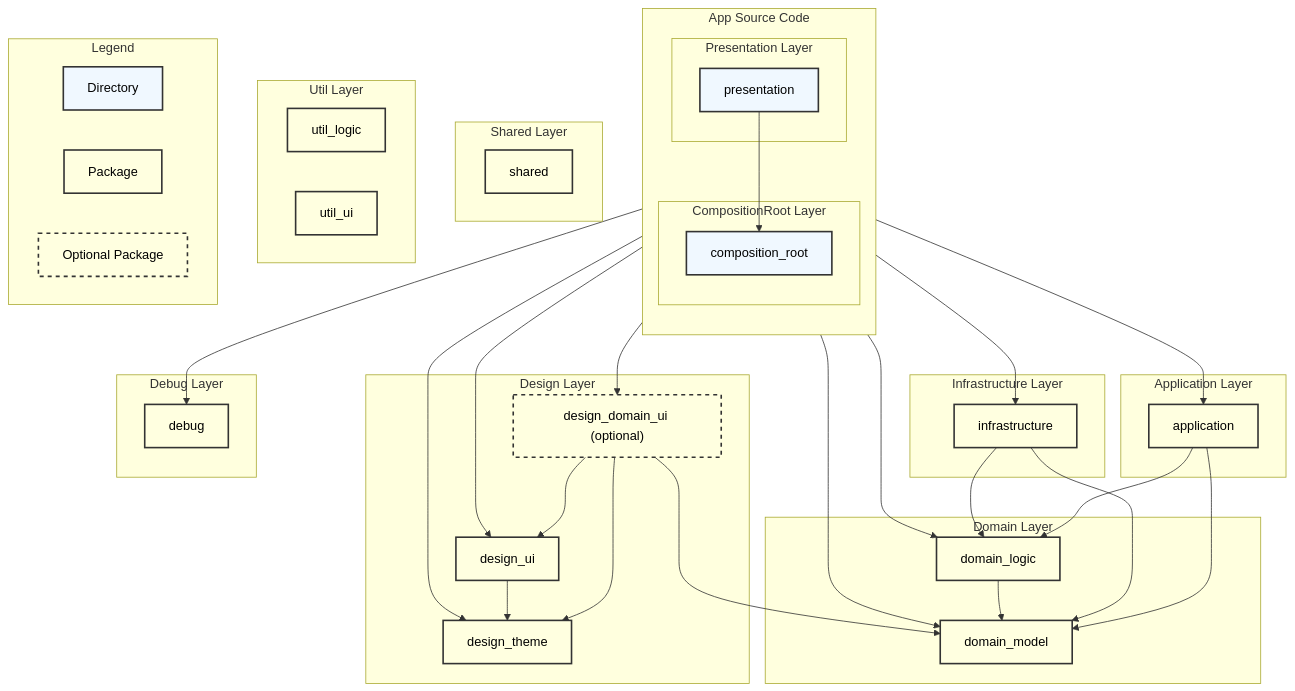
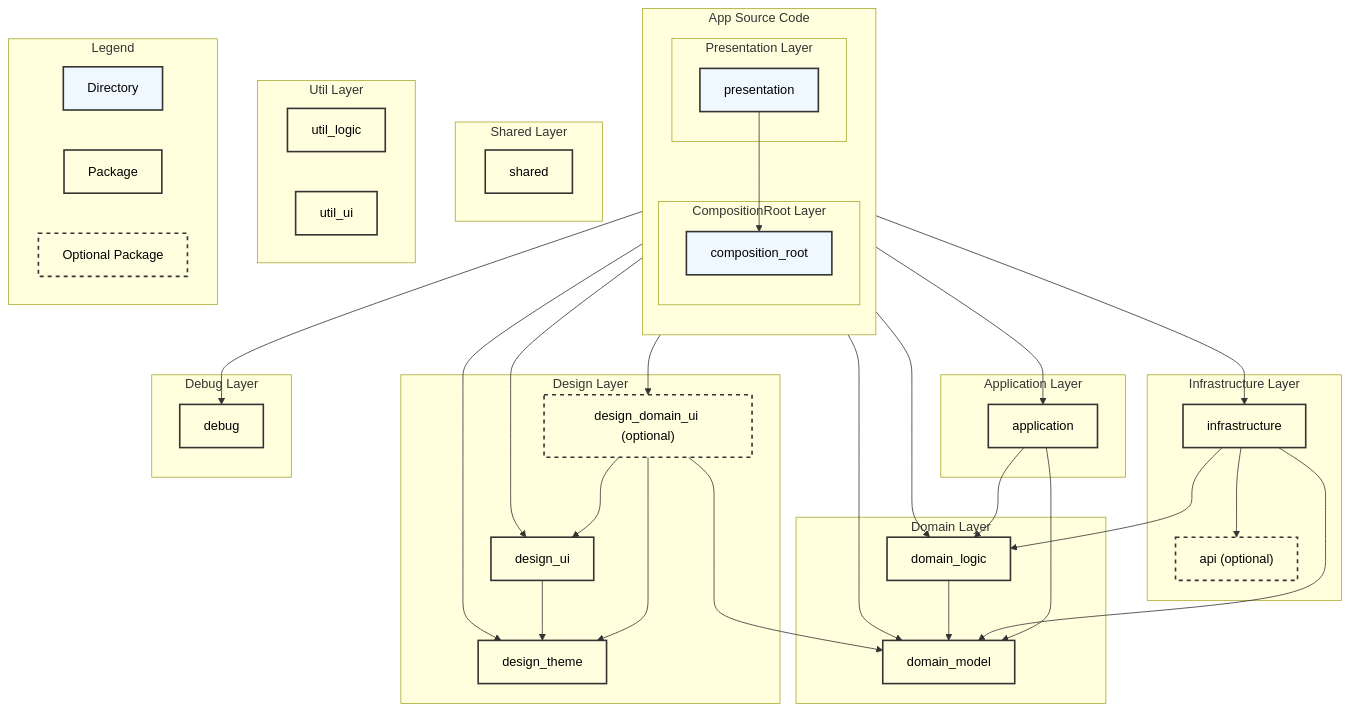
The first of 2 diagrams in docs/ARCHITECTURE.md (ymm-oss/flutter-mobile-project-template), drawn with Mermaid before and after one commit. The commit also changed 1 other file, not shown here.

Commit message:
docs: 依存の図に api を追加し、infrastructure から参照する形にする

```diff
--- a/docs/ARCHITECTURE.md
+++ b/docs/ARCHITECTURE.md
@@ -85,6 +85,9 @@
   subgraph "Infrastructure Layer"
     infrastructure_pkg[infrastructure]
     class infrastructure_pkg package
+
+    api["api (optional)"]
+    class api optional
   end
 
   %% Domain Layer
@@ -133,6 +136,7 @@
 
   infrastructure_pkg --> domain_model
   infrastructure_pkg --> domain_logic
+  infrastructure_pkg --> api
 
   design_domain_ui --> design_ui
   design_domain_ui --> design_theme
```
